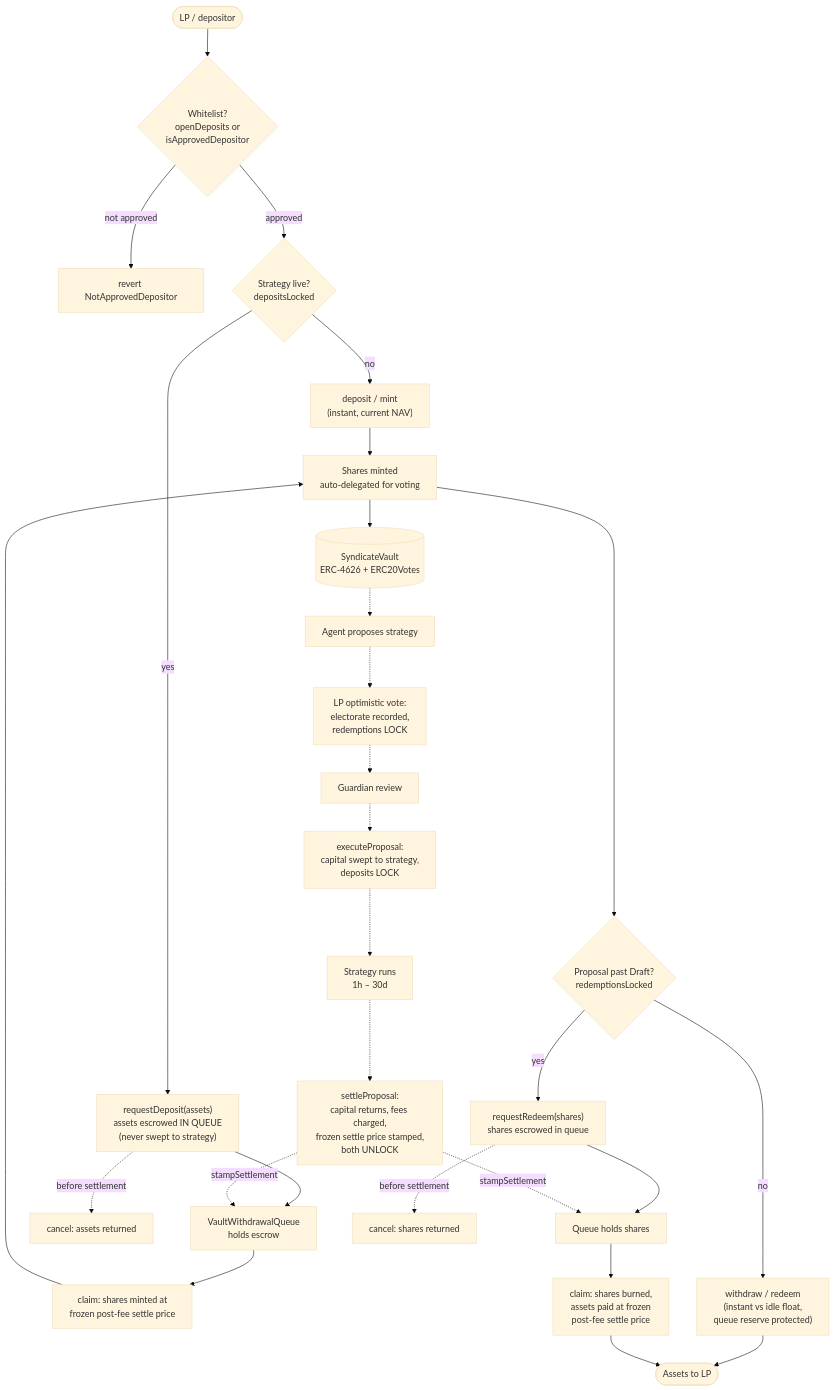
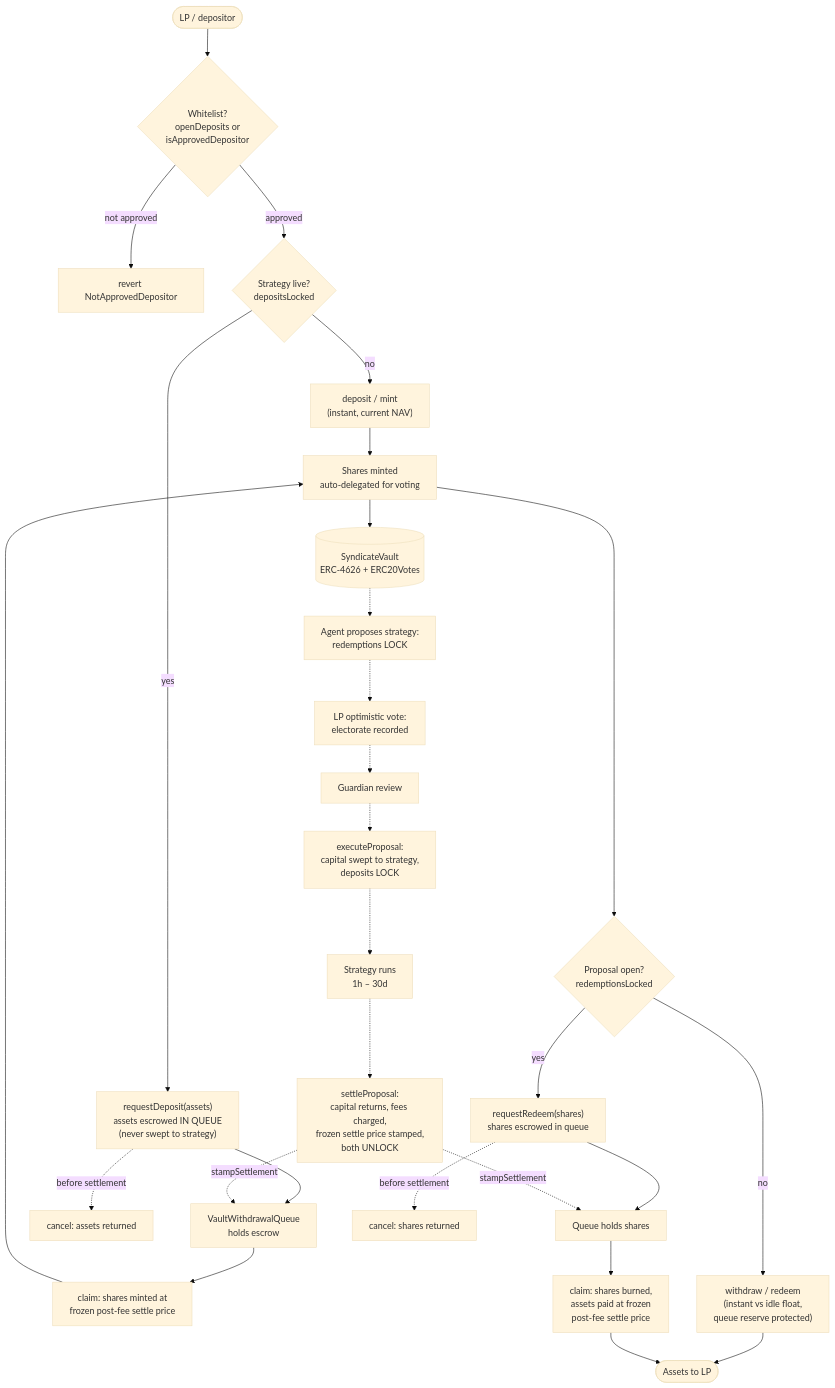
The diagram in docs/deposit-withdraw-flow.md (sherwoodagent/sherwood-protocol), drawn with Mermaid (base theme) before and after one commit. The commit also changed other lines of this file and 32 other files, not shown here.

````diff
--- a/docs/deposit-withdraw-flow.md
+++ b/docs/deposit-withdraw-flow.md
@@ -18,40 +18,40 @@
 ```mermaid
 flowchart TD
     U([LP / depositor]) --> W{Whitelist?\nopenDeposits or\nisApprovedDepositor}
     W -- not approved --> X1[revert NotApprovedDepositor]
     W -- approved --> S{Strategy live?\ndepositsLocked}
 
     %% ---- instant path ----
     S -- no --> D1["deposit / mint\n(instant, current NAV)"]
     D1 --> SH[Shares minted\nauto-delegated for voting]
     SH --> V[(SyndicateVault\nERC-4626 + ERC20Votes)]
 
     %% ---- proposal lifecycle around the vault ----
-    V -.-> P1[Agent proposes strategy]
-    P1 -.-> P2[LP optimistic vote:\nelectorate recorded,\nredemptions LOCK]
+    V -.-> P1[Agent proposes strategy:\nredemptions LOCK]
+    P1 -.-> P2[LP optimistic vote:\nelectorate recorded]
     P2 -.-> P3[Guardian review]
     P3 -.-> P4[executeProposal:\ncapital swept to strategy,\ndeposits LOCK]
     P4 -.-> P5[Strategy runs\n1h – 30d]
     P5 -.-> P6[settleProposal:\ncapital returns, fees charged,\nfrozen settle price stamped,\nboth UNLOCK]
 
     %% ---- locked path: deposits ----
     S -- yes --> Q1["requestDeposit(assets)\nassets escrowed IN QUEUE\n(never swept to strategy)"]
     Q1 --> QW[VaultWithdrawalQueue\nholds escrow]
     P6 -. stampSettlement .-> QW
     QW --> C1["claim: shares minted at\nfrozen post-fee settle price"]
     C1 --> SH
     Q1 -. before settlement .-> C0[cancel: assets returned]
 
     %% ---- exit: instant ----
-    SH --> E{Proposal past Draft?\nredemptionsLocked}
+    SH --> E{Proposal open?\nredemptionsLocked}
     E -- no --> E1["withdraw / redeem\n(instant vs idle float,\nqueue reserve protected)"]
     E1 --> OUT([Assets to LP])
 
     %% ---- exit: locked ----
     E -- yes --> E2["requestRedeem(shares)\nshares escrowed in queue"]
     E2 --> QW2[Queue holds shares]
     P6 -. stampSettlement .-> QW2
     QW2 --> E3["claim: shares burned,\nassets paid at frozen\npost-fee settle price"]
     E3 --> OUT
     E2 -. before settlement .-> E0[cancel: shares returned]
 ```
````
